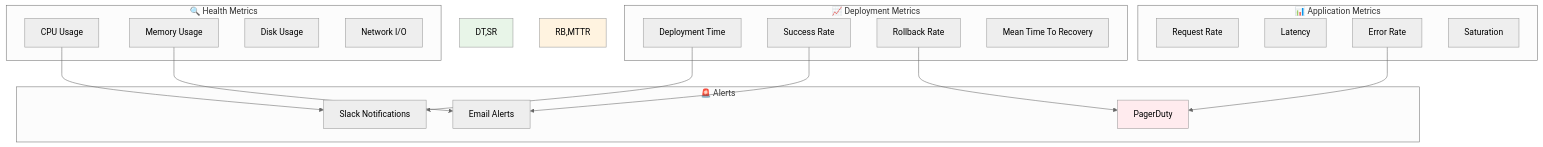
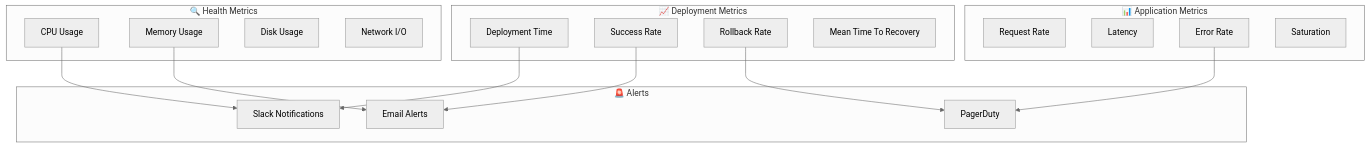
Before and after one commit to neKamita/Mirza-Telegram-Shop-Bot: the ninth of 10 diagrams in docs/DEPLOYMENT.md, drawn with Mermaid (neutral theme). The commit also changed other lines of this file and 2 other files, not shown here.

````diff
--- a/docs/DEPLOYMENT.md
+++ b/docs/DEPLOYMENT.md
@@ -335,41 +313,38 @@
 ```mermaid
 graph TB
     subgraph "📈 Deployment Metrics"
         DT[Deployment Time]
         SR[Success Rate]
         RB[Rollback Rate]
         MTTR[Mean Time To Recovery]
     end
     
     subgraph "🔍 Health Metrics"
         CPU[CPU Usage]
         MEM[Memory Usage]
         DISK[Disk Usage]
         NET[Network I/O]
     end
     
     subgraph "📊 Application Metrics"
         REQ[Request Rate]
         LAT[Latency]
         ERR[Error Rate]
         SAT[Saturation]
     end
     
     subgraph "🚨 Alerts"
         SLACK[Slack Notifications]
         EMAIL[Email Alerts]
         PAGER[PagerDuty]
     end
     
     DT --> SLACK
     SR --> EMAIL
     RB --> PAGER
     
     CPU --> SLACK
     MEM --> EMAIL
     ERR --> PAGER
     
-    style DT,SR fill:#e8f5e8
-    style RB,MTTR fill:#fff3e0
-    style PAGER fill:#ffebee
 ```
````
